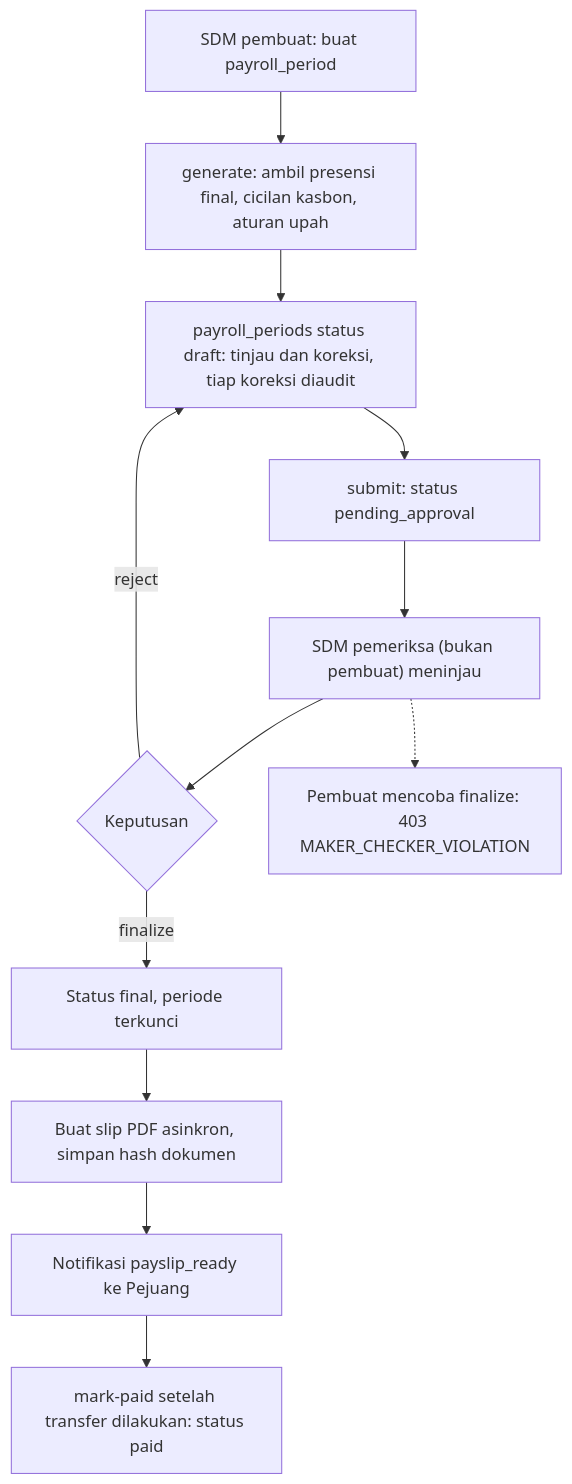
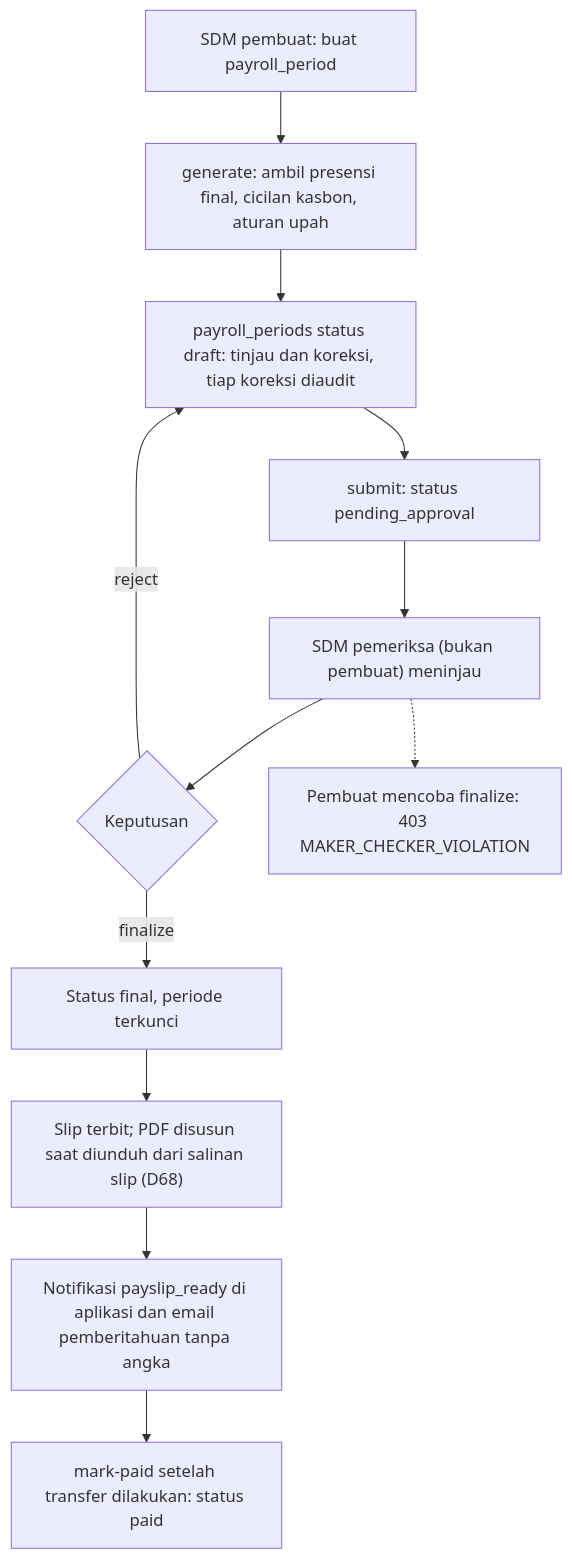
Diagram 17 of 29 in MASTER.md (rzarxx/HRIS), drawn with Mermaid before and after one commit. The commit also changed other lines of this file and 21 other files, not shown here.

First line of the commit message:
feat: slip ubar terbit dengan PDF, notifikasi, dan email (D68)

````diff
--- a/MASTER.md
+++ b/MASTER.md
@@ -1226,14 +1227,14 @@
 ```mermaid
 flowchart TD
     A["SDM pembuat: buat payroll_period"] --> B["generate: ambil presensi final, cicilan kasbon, aturan upah"]
     B --> C["payroll_periods status draft: tinjau dan koreksi, tiap koreksi diaudit"]
     C --> D["submit: status pending_approval"]
     D --> E["SDM pemeriksa (bukan pembuat) meninjau"]
     E --> F{"Keputusan"}
     F -- reject --> C
     F -- finalize --> G["Status final, periode terkunci"]
-    G --> H["Buat slip PDF asinkron, simpan hash dokumen"]
-    H --> I["Notifikasi payslip_ready ke Pejuang"]
+    G --> H["Slip terbit; PDF disusun saat diunduh dari salinan slip (D68)"]
+    H --> I["Notifikasi payslip_ready di aplikasi dan email pemberitahuan tanpa angka"]
     I --> J["mark-paid setelah transfer dilakukan: status paid"]
     E -.-> M["Pembuat mencoba finalize: 403 MAKER_CHECKER_VIOLATION"]
 ```
````
